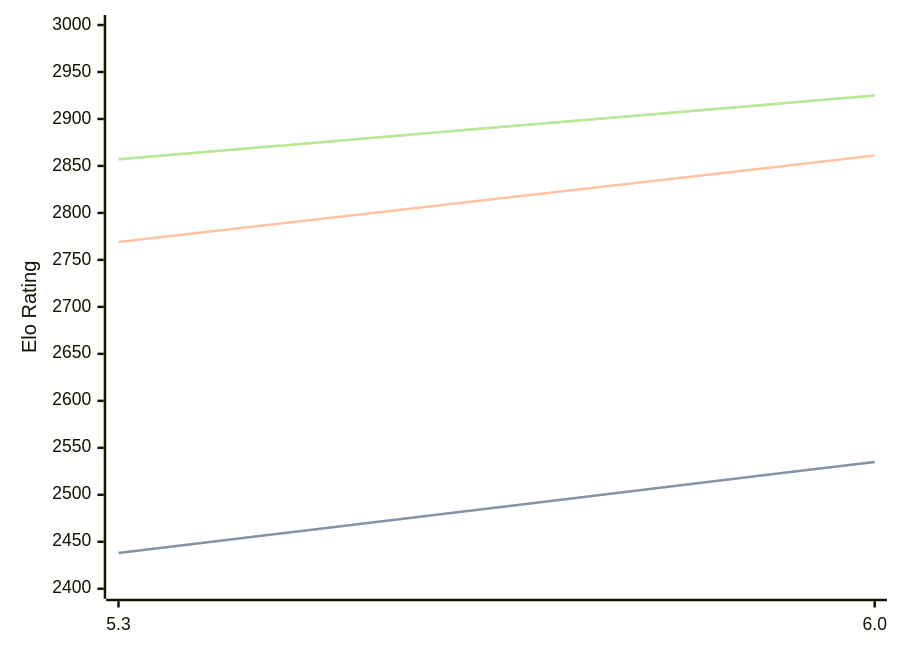
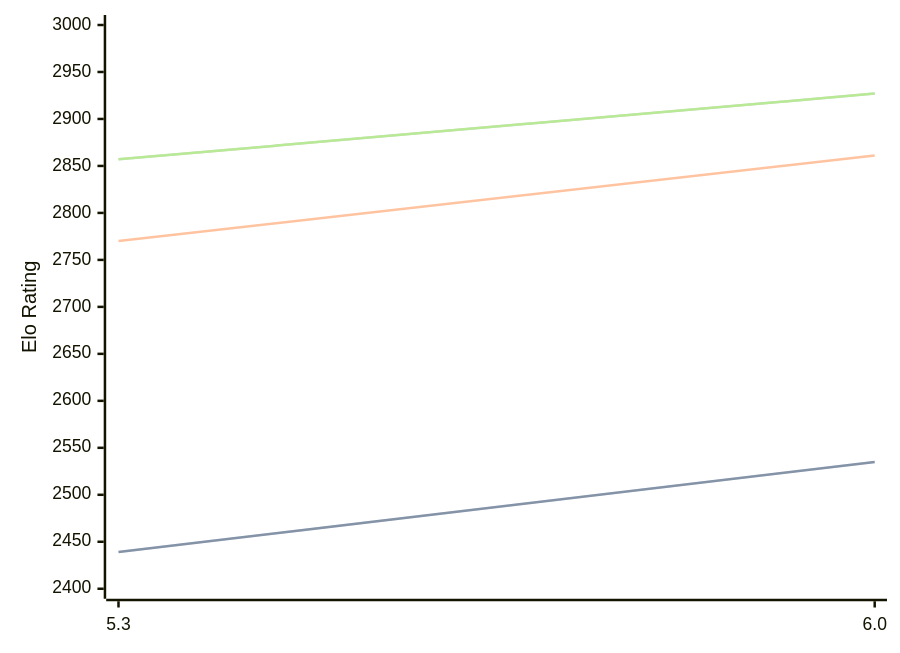
One commit to computer-chess-index/cci changed the diagram in engines/tomitankChess.md. Above: the diagram before and after it, drawn with Mermaid. The commit also changed other lines of this file, not shown here.

Commit message:
Update CCI Ratings (ELO VLTC) - 2026-05-12

````diff
--- a/engines/tomitankChess.md
+++ b/engines/tomitankChess.md
@@ -40,11 +40,11 @@
 ```mermaid
 %%{init: {"theme":"base","themeVariables":{"seriesColors:['#a3a3a3','#222221','#faa371']}}}%%
 xychart-beta
   x-axis ["5.3", "6.0"]
   y-axis "Elo Rating" 2400 --> 3000
-  line "STC (8.0+0.08s)" [2438, 2535]
-  line "STC (8.0+0.08s)" [2438, 2535]
-  line "LTC (60.0+0.60s)" [2769, 2861]
-  line "VLTC (2m24s+1.12s)" [2857, 2925]
-  line "VLTC (2m24s+1.12s)" [2857, 2925]
+  line "STC (8.0+0.08s)" [2439, 2535]
+  line "STC (8.0+0.08s)" [2439, 2535]
+  line "LTC (60.0+0.60s)" [2770, 2861]
+  line "VLTC (2m24s+1.12s)" [2857, 2927]
+  line "VLTC (2m24s+1.12s)" [2857, 2927]
 ```
````
